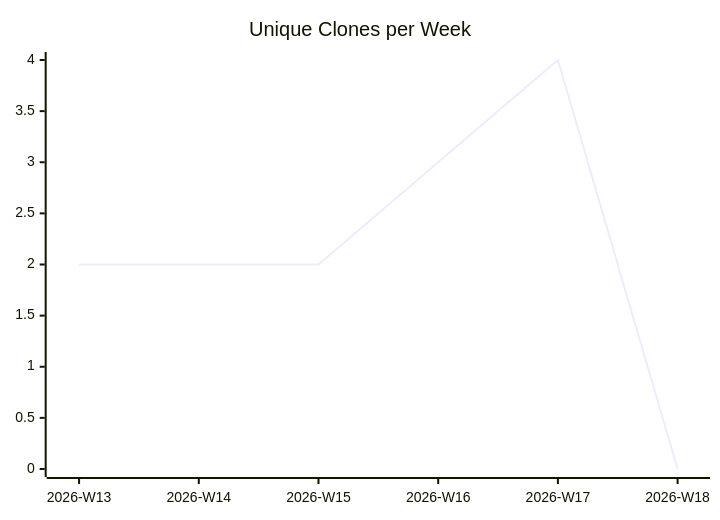
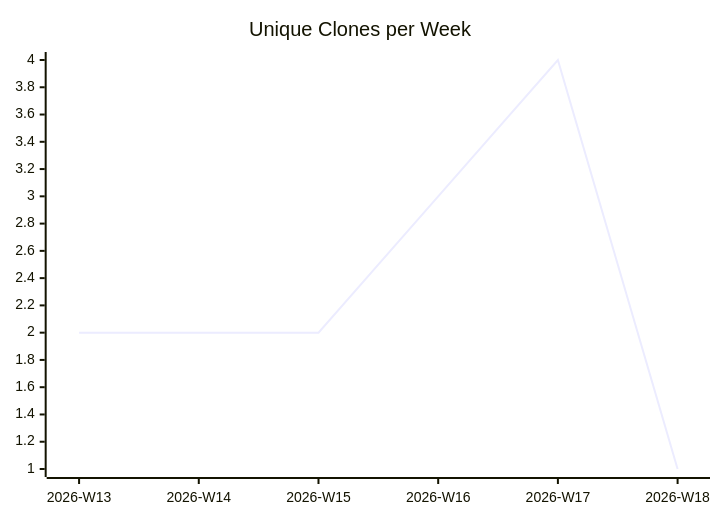
One commit to justdavis-family/github-analytics-data changed the third of 3 diagrams in karlmdavis/bbonfhir-dev-infra-docker/README.md. Above: the diagram before and after it, drawn with Mermaid. The commit also changed other lines of this file and 184 other files, not shown here.

````diff
--- a/karlmdavis/bbonfhir-dev-infra-docker/README.md
+++ b/karlmdavis/bbonfhir-dev-infra-docker/README.md
@@ -19,6 +19,6 @@
 ```mermaid
 xychart-beta
   title "Unique Clones per Week"
   x-axis ["2026-W13", "2026-W14", "2026-W15", "2026-W16", "2026-W17", "2026-W18"]
-  line [2, 2, 2, 3, 4, 0]
+  line [2, 2, 2, 3, 4, 1]
 ```
````
